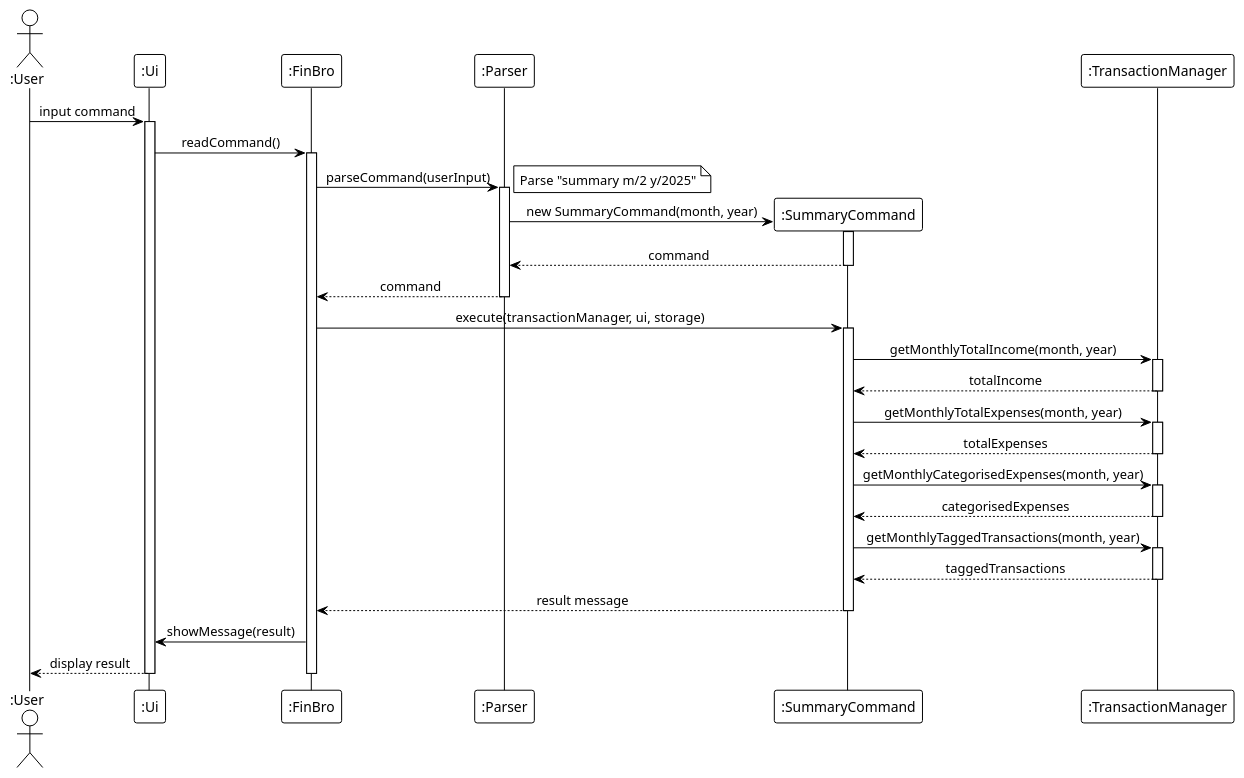
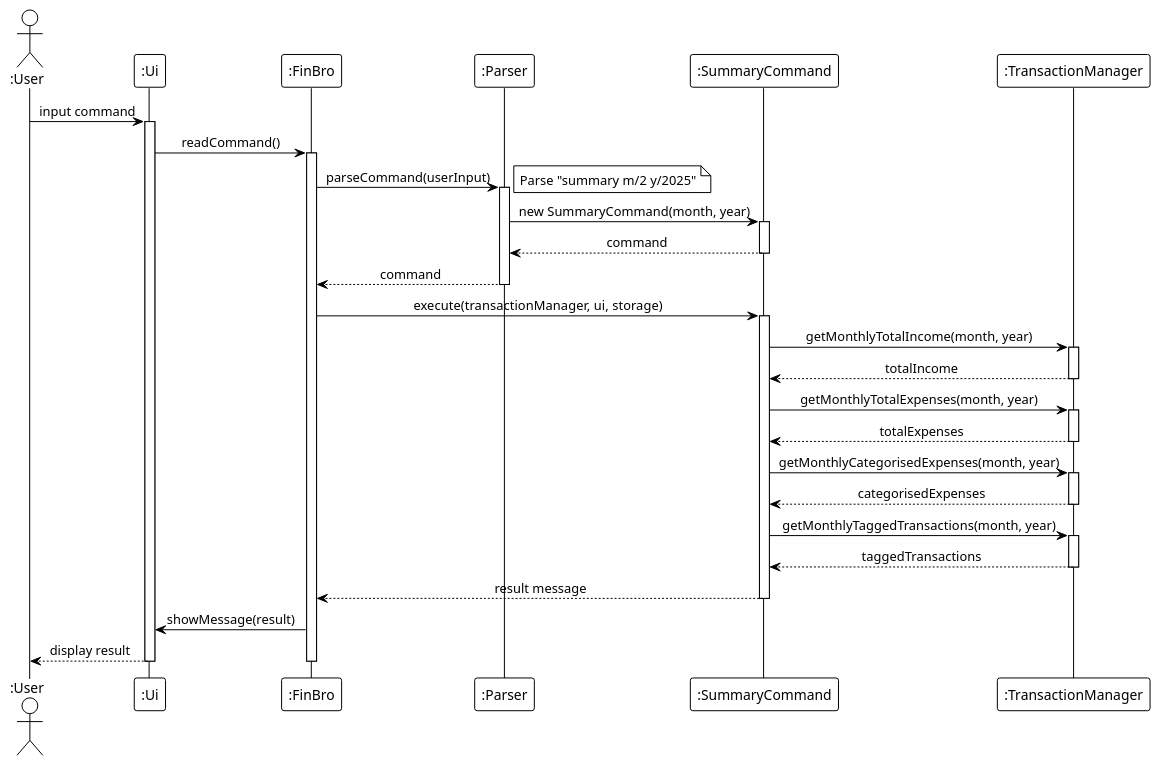
Before and after one commit to laitcanard05/tp: the diagram in docs/diagrams/puml/sequence/sequence-summary.puml, drawn with PlantUML. The commit also changed 7 other files, not shown here.

Commit message:
fix diagrams

```diff
--- a/docs/diagrams/puml/sequence/sequence-summary.puml
+++ b/docs/diagrams/puml/sequence/sequence-summary.puml
@@ -1,61 +1,61 @@
 @startuml
 !theme plain
 skinparam sequenceMessageAlign center
 skinparam responseMessageBelowArrow true
 
 actor ":User" as User
 participant ":Ui" as UI
 participant ":FinBro" as FinBro
 participant ":Parser" as Parser
 participant ":SummaryCommand" as SummaryCommand
 participant ":TransactionManager" as TransactionMgr
 
 User -> UI : input command
 activate UI
 
 UI -> FinBro : readCommand()
 activate FinBro
 
 FinBro -> Parser : parseCommand(userInput)
 activate Parser
 note right: Parse "summary m/2 y/2025"
 
-Parser -> SummaryCommand** : new SummaryCommand(month, year)
+Parser -> SummaryCommand : new SummaryCommand(month, year)
 activate SummaryCommand
 SummaryCommand --> Parser : command
 deactivate SummaryCommand
 Parser --> FinBro : command
 deactivate Parser
 
 FinBro -> SummaryCommand : execute(transactionManager, ui, storage)
 activate SummaryCommand
 
 SummaryCommand -> TransactionMgr : getMonthlyTotalIncome(month, year)
 activate TransactionMgr
 TransactionMgr --> SummaryCommand : totalIncome
 deactivate TransactionMgr
 
 SummaryCommand -> TransactionMgr : getMonthlyTotalExpenses(month, year)
 activate TransactionMgr
 TransactionMgr --> SummaryCommand : totalExpenses
 deactivate TransactionMgr
 
 SummaryCommand -> TransactionMgr : getMonthlyCategorisedExpenses(month, year)
 activate TransactionMgr
 TransactionMgr --> SummaryCommand : categorisedExpenses
 deactivate TransactionMgr
 
 SummaryCommand -> TransactionMgr : getMonthlyTaggedTransactions(month, year)
 activate TransactionMgr
 TransactionMgr --> SummaryCommand : taggedTransactions
 deactivate TransactionMgr
 
 SummaryCommand --> FinBro : result message
 deactivate SummaryCommand
 
 FinBro -> UI : showMessage(result)
 UI --> User : display result
 deactivate UI
 deactivate FinBro
 
 @enduml
```
